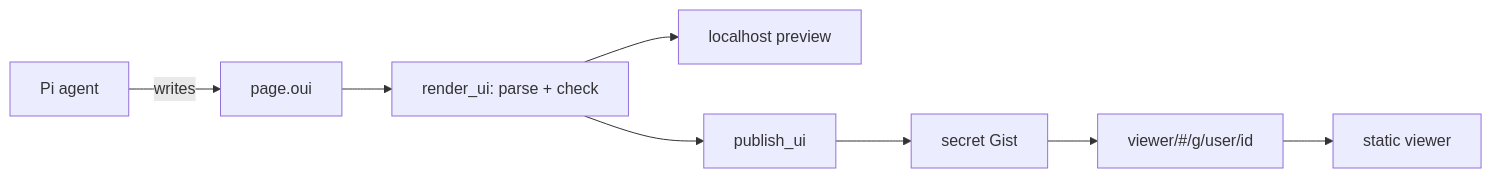
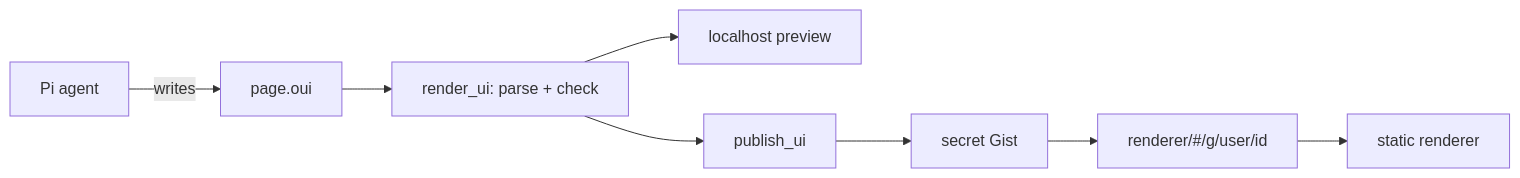
Before and after one commit to ssiyad/pi-oui: the diagram in README.md, drawn with Mermaid. The commit also changed other lines of this file and 33 other files, not shown here.

First line of the commit message:
chore: rename the viewer to the renderer

````diff
--- a/README.md
+++ b/README.md
@@ -17,9 +17,9 @@
 ```mermaid
 flowchart LR
     Agent["Pi agent"] -->|writes| Page["page.oui"]
     Page --> Check["render_ui: parse + check"]
     Check --> Preview["localhost preview"]
     Check --> Publish["publish_ui"]
-    Publish --> Gist["secret Gist"] --> Link["viewer/#/g/user/id"]
-    Link --> Viewer["static viewer"]
+    Publish --> Gist["secret Gist"] --> Link["renderer/#/g/user/id"]
+    Link --> Renderer["static renderer"]
 ```
````
